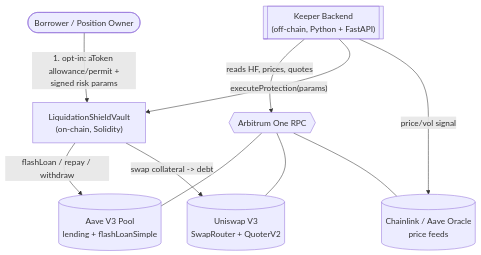
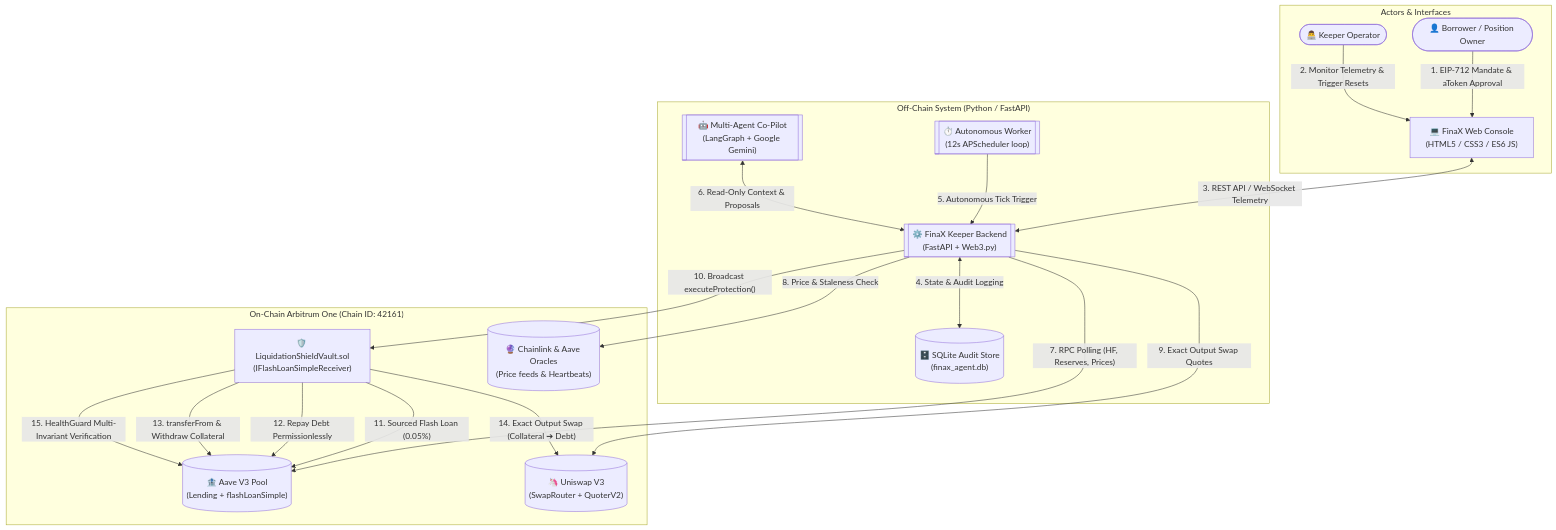
Before and after one commit to nishok22-max/FinaX: the first of 8 diagrams in SYSTEM_ARCHITECTURE.md, drawn with Mermaid. The commit also changed other lines of this file and 10 other files, not shown here.

Commit message:
feat(agent): complete agentic AI co-pilot, multi-wallet mandate signing and live demo suite

````diff
--- a/SYSTEM_ARCHITECTURE.md
+++ b/SYSTEM_ARCHITECTURE.md
@@ -35,20 +21,40 @@
 ```mermaid
 flowchart TB
-    Borrower([Borrower / Position Owner])
-    Keeper[["Keeper Backend<br/>(off-chain, Python + FastAPI)"]]
-    Vault["LiquidationShieldVault<br/>(on-chain, Solidity)"]
-    Aave[("Aave V3 Pool<br/>lending + flashLoanSimple")]
-    Uni[("Uniswap V3<br/>SwapRouter + QuoterV2")]
-    Chainlink[("Chainlink / Aave Oracle<br/>price feeds")]
-    RPC{{"Arbitrum One RPC"}}
+    subgraph Users["Actors & Interfaces"]
+        Borrower(["👤 Borrower / Position Owner"])
+        Operator(["👨‍💻 Keeper Operator"])
+        Console["💻 FinaX Web Console<br/>(HTML5 / CSS3 / ES6 JS)"]
+    end
 
-    Borrower -- "1. opt-in: aToken allowance/permit +<br/>signed risk params" --> Vault
-    Keeper -- "reads HF, prices, quotes" --> RPC
-    RPC --- Aave
-    RPC --- Uni
-    RPC --- Chainlink
-    Keeper -- "executeProtection(params)" --> Vault
-    Vault -- "flashLoan / repay / withdraw" --> Aave
-    Vault -- "swap collateral -> debt" --> Uni
-    Keeper -- "price/vol signal" --> Chainlink
+    subgraph OffChain["Off-Chain System (Python / FastAPI)"]
+        Backend[["⚙️ FinaX Keeper Backend<br/>(FastAPI + Web3.py)"]]
+        Worker[["⏱️ Autonomous Worker<br/>(12s APScheduler loop)"]]
+        AgentCrew[["🤖 Multi-Agent Co-Pilot<br/>(LangGraph + Google Gemini)"]]
+        Store[("🗄️ SQLite Audit Store<br/>(finax_agent.db)")]
+    end
+
+    subgraph OnChain["On-Chain Arbitrum One (Chain ID: 42161)"]
+        Vault["🛡️ LiquidationShieldVault.sol<br/>(IFlashLoanSimpleReceiver)"]
+        Aave[("🏦 Aave V3 Pool<br/>(Lending + flashLoanSimple)")]
+        Uni[("🦄 Uniswap V3<br/>(SwapRouter + QuoterV2)")]
+        Oracle[("🔮 Chainlink & Aave Oracles<br/>(Price feeds & Heartbeats)")]
+    end
+
+    Borrower -->|"1. EIP-712 Mandate & aToken Approval"| Console
+    Operator -->|"2. Monitor Telemetry & Trigger Resets"| Console
+    Console <-->|"3. REST API / WebSocket Telemetry"| Backend
+    Backend <-->|"4. State & Audit Logging"| Store
+    Worker -->|"5. Autonomous Tick Trigger"| Backend
+    AgentCrew <-->|"6. Read-Only Context & Proposals"| Backend
+    
+    Backend -->|"7. RPC Polling (HF, Reserves, Prices)"| Aave
+    Backend -->|"8. Price & Staleness Check"| Oracle
+    Backend -->|"9. Exact Output Swap Quotes"| Uni
+    Backend -->|"10. Broadcast executeProtection()"| Vault
+
+    Vault -->|"11. Sourced Flash Loan (0.05%)"| Aave
+    Vault -->|"12. Repay Debt Permissionlessly"| Aave
+    Vault -->|"13. transferFrom & Withdraw Collateral"| Aave
+    Vault -->|"14. Exact Output Swap (Collateral ➔ Debt)"| Uni
+    Vault -->|"15. HealthGuard Multi-Invariant Verification"| Aave
 ```
````
